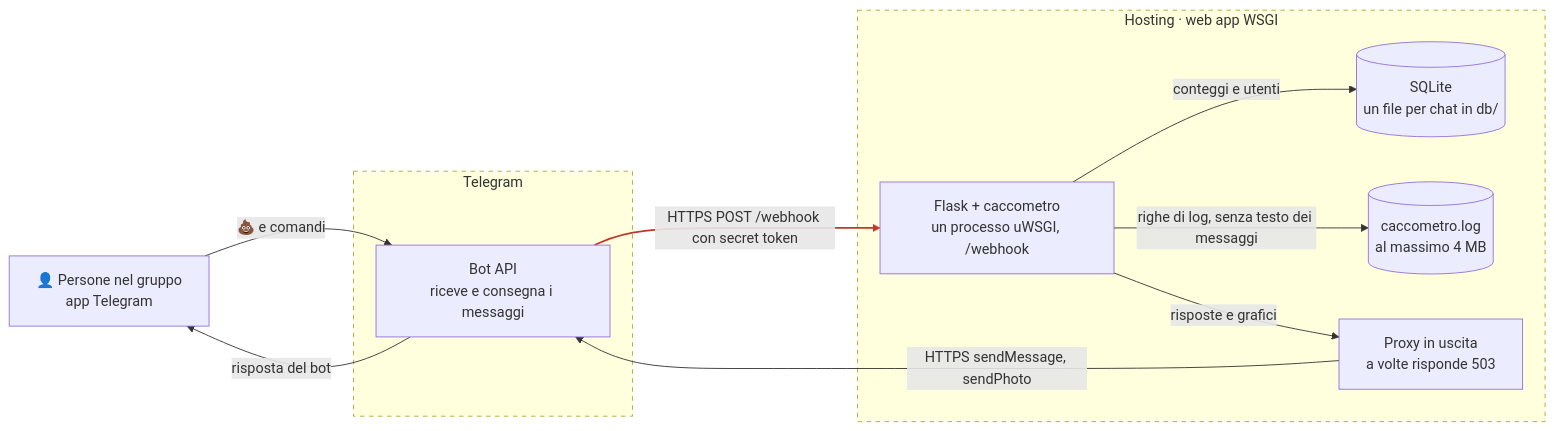
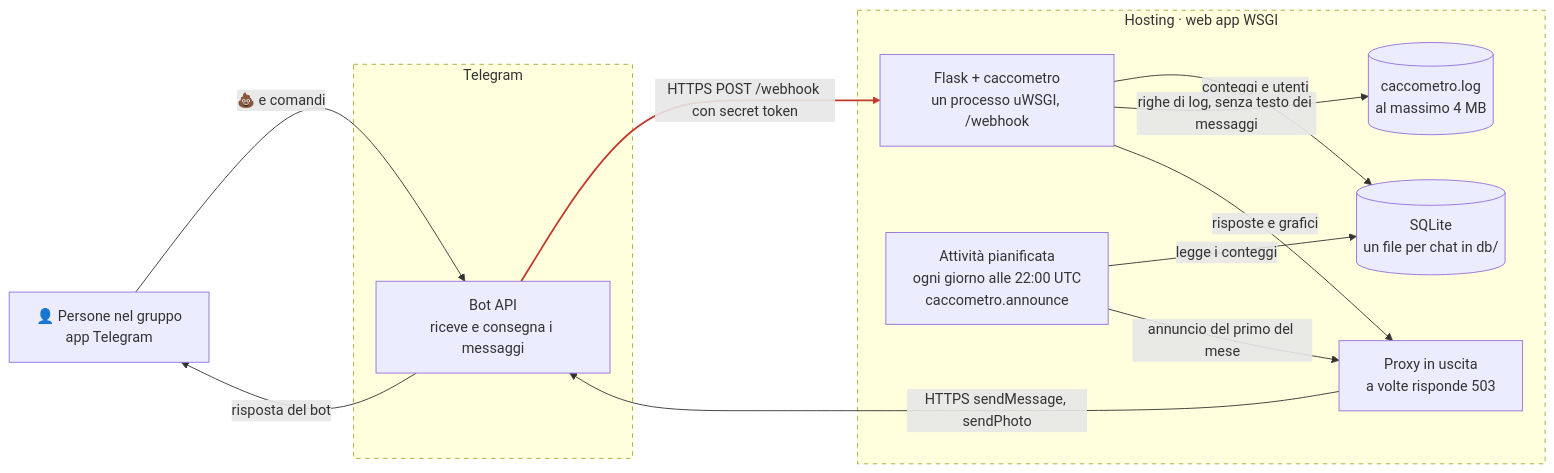
The third of 4 diagrams in README.md (francescoperrino/Caccometro), drawn with Mermaid before and after one commit. The commit also changed other lines of this file, not shown here.

First line of the commit message:
Document the operations, the scheduled task and the 1.2.1 behaviour (#104)

````diff
--- a/README.md
+++ b/README.md
@@ -236,23 +239,26 @@
 ```mermaid
 flowchart LR
     person["👤 Persone nel gruppo<br/>app Telegram"]
     subgraph telegram["Telegram"]
         api["Bot API<br/>riceve e consegna i messaggi"]
     end
     subgraph hosting["Hosting · web app WSGI"]
         flask["Flask + caccometro<br/>un processo uWSGI, /webhook"]
         proxy["Proxy in uscita<br/>a volte risponde 503"]
         db[("SQLite<br/>un file per chat in db/")]
         log[("caccometro.log<br/>al massimo 4 MB")]
+        task["Attività pianificata<br/>ogni giorno alle 22:00 UTC<br/>caccometro.announce"]
     end
     person -->|"💩 e comandi"| api
     api -->|"HTTPS POST /webhook con secret token"| flask
     flask -->|"conteggi e utenti"| db
     flask -->|"righe di log, senza testo dei messaggi"| log
+    task -->|"legge i conteggi"| db
+    task -->|"annuncio del primo del mese"| proxy
     flask -->|"risposte e grafici"| proxy
     proxy -->|"HTTPS sendMessage, sendPhoto"| api
     api -->|"risposta del bot"| person
     style telegram stroke-dasharray: 5 5
     style hosting stroke-dasharray: 5 5
     linkStyle 1 stroke:#c0392b,stroke-width:2px
 ```
````
